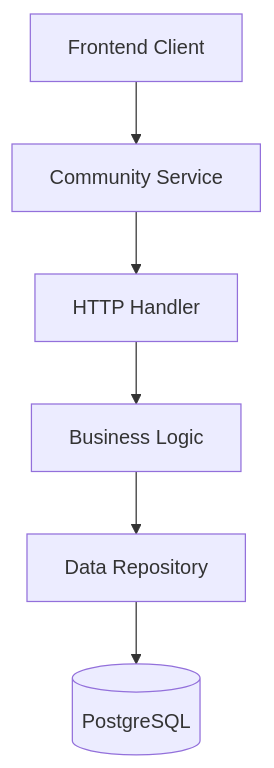
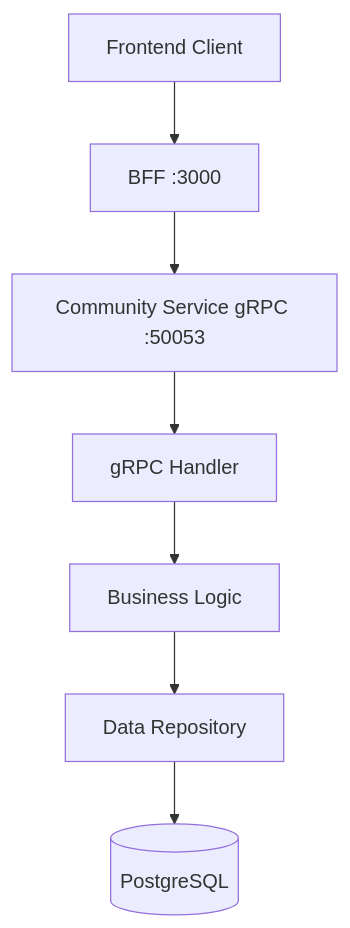
One commit to vanillaturtlechips/pawfiler4 changed the first of 2 diagrams in .kiro/specs/community-service/design.md. Above: the diagram before and after it, drawn with Mermaid. The commit also changed other lines of this file and 25 other files, not shown here.

````diff
--- a/.kiro/specs/community-service/design.md
+++ b/.kiro/specs/community-service/design.md
@@ -27,8 +28,9 @@
 ```mermaid
 graph TB
-    Client[Frontend Client] --> CommunityService[Community Service]
-    CommunityService --> Handler[HTTP Handler]
+    Frontend[Frontend Client] --> BFF[BFF :3000]
+    BFF --> CommunityService[Community Service gRPC :50053]
+    CommunityService --> Handler[gRPC Handler]
     Handler --> Service[Business Logic]
     Service --> Repository[Data Repository]
     Repository --> PostgreSQL[(PostgreSQL)]
 ```
````
